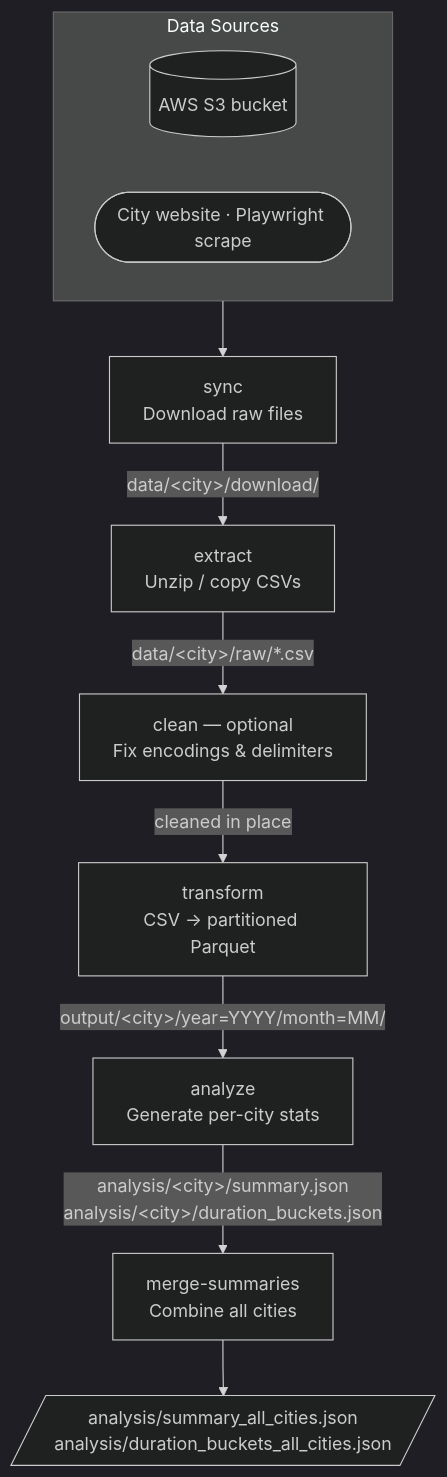
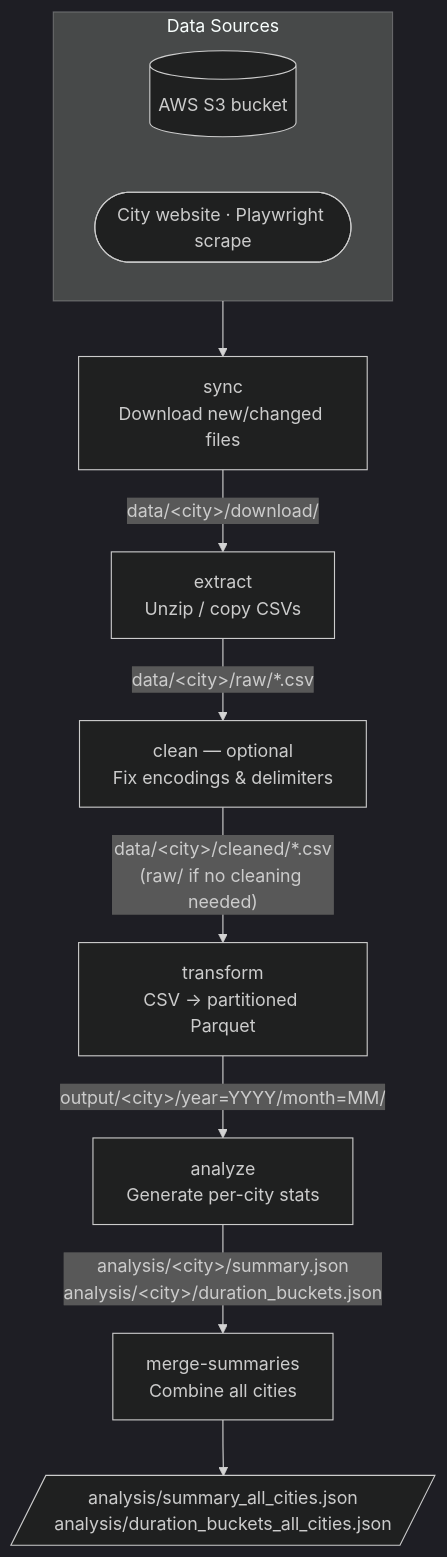
One commit to commanderking/citybikeshare changed the diagram in README.md. Above: the diagram before and after it, drawn with Mermaid (dark theme). The commit also changed other lines of this file and 10 other files, not shown here.

Commit message:
transform and extract now check the state.json files to determine which files need to run

````diff
--- a/README.md
+++ b/README.md
@@ -9,25 +9,25 @@
 ```mermaid
 flowchart TD
     subgraph SOURCES["Data Sources"]
         S3[("AWS S3 bucket")]
         WEB(["City website · Playwright scrape"])
     end
 
-    SYNC["sync\nDownload raw files"]
+    SYNC["sync\nDownload new/changed files"]
     EXTRACT["extract\nUnzip / copy CSVs"]
     CLEAN["clean — optional\nFix encodings & delimiters"]
     TRANSFORM["transform\nCSV → partitioned Parquet"]
     ANALYZE["analyze\nGenerate per-city stats"]
     MERGE["merge-summaries\nCombine all cities"]
 
     RESULT[/"analysis/summary_all_cities.json
 analysis/duration_buckets_all_cities.json"/]
 
     SOURCES --> SYNC
-    SYNC     -->|"data/&lt;city&gt;/download/"| EXTRACT
-    EXTRACT  -->|"data/&lt;city&gt;/raw/*.csv"| CLEAN
-    CLEAN    -->|"cleaned in place"| TRANSFORM
+    SYNC      -->|"data/&lt;city&gt;/download/"| EXTRACT
+    EXTRACT   -->|"data/&lt;city&gt;/raw/*.csv"| CLEAN
+    CLEAN     -->|"data/&lt;city&gt;/cleaned/*.csv\n(raw/ if no cleaning needed)"| TRANSFORM
     TRANSFORM -->|"output/&lt;city&gt;/year=YYYY/month=MM/"| ANALYZE
-    ANALYZE  -->|"analysis/&lt;city&gt;/summary.json\nanalysis/&lt;city&gt;/duration_buckets.json"| MERGE
-    MERGE    --> RESULT
+    ANALYZE   -->|"analysis/&lt;city&gt;/summary.json\nanalysis/&lt;city&gt;/duration_buckets.json"| MERGE
+    MERGE     --> RESULT
 ```
````
